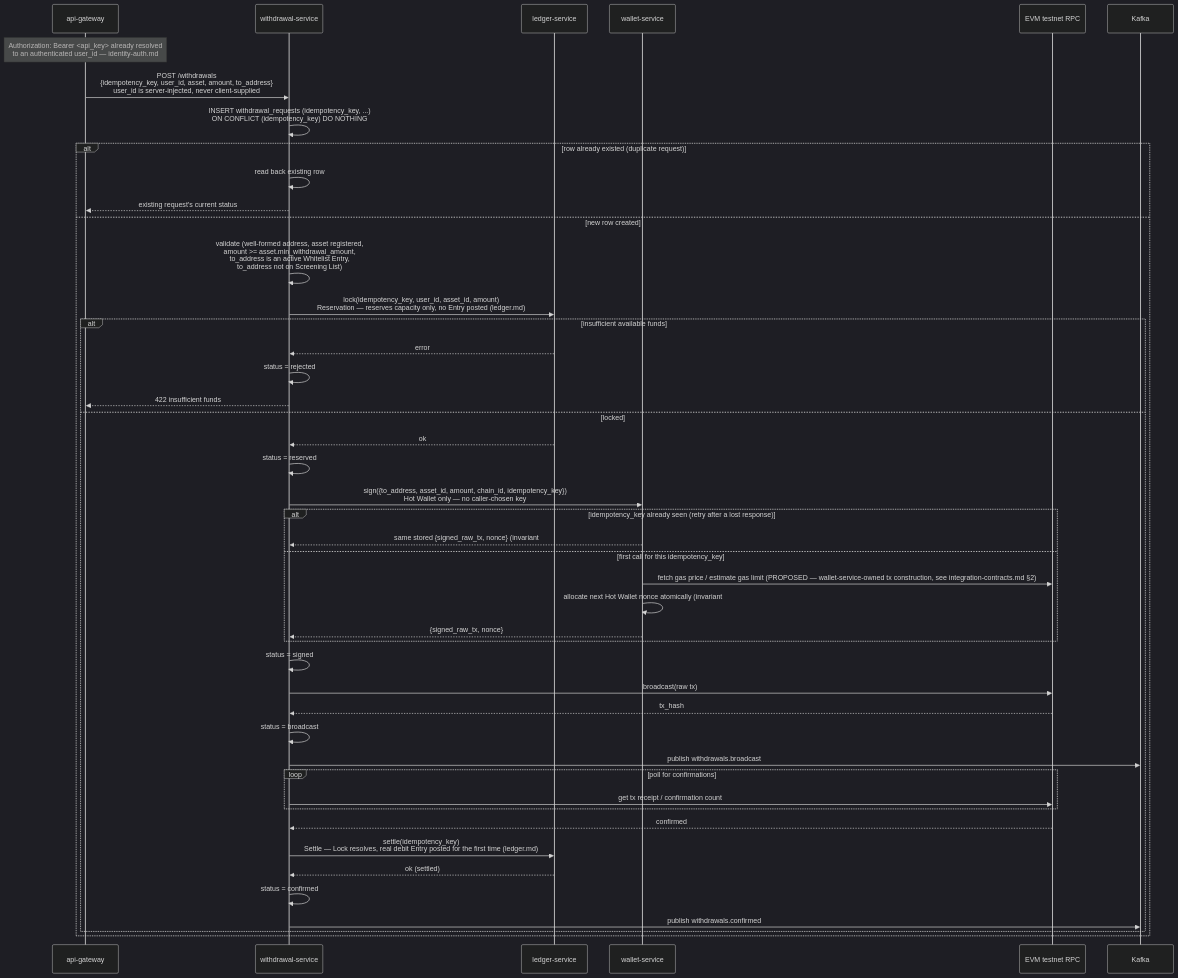
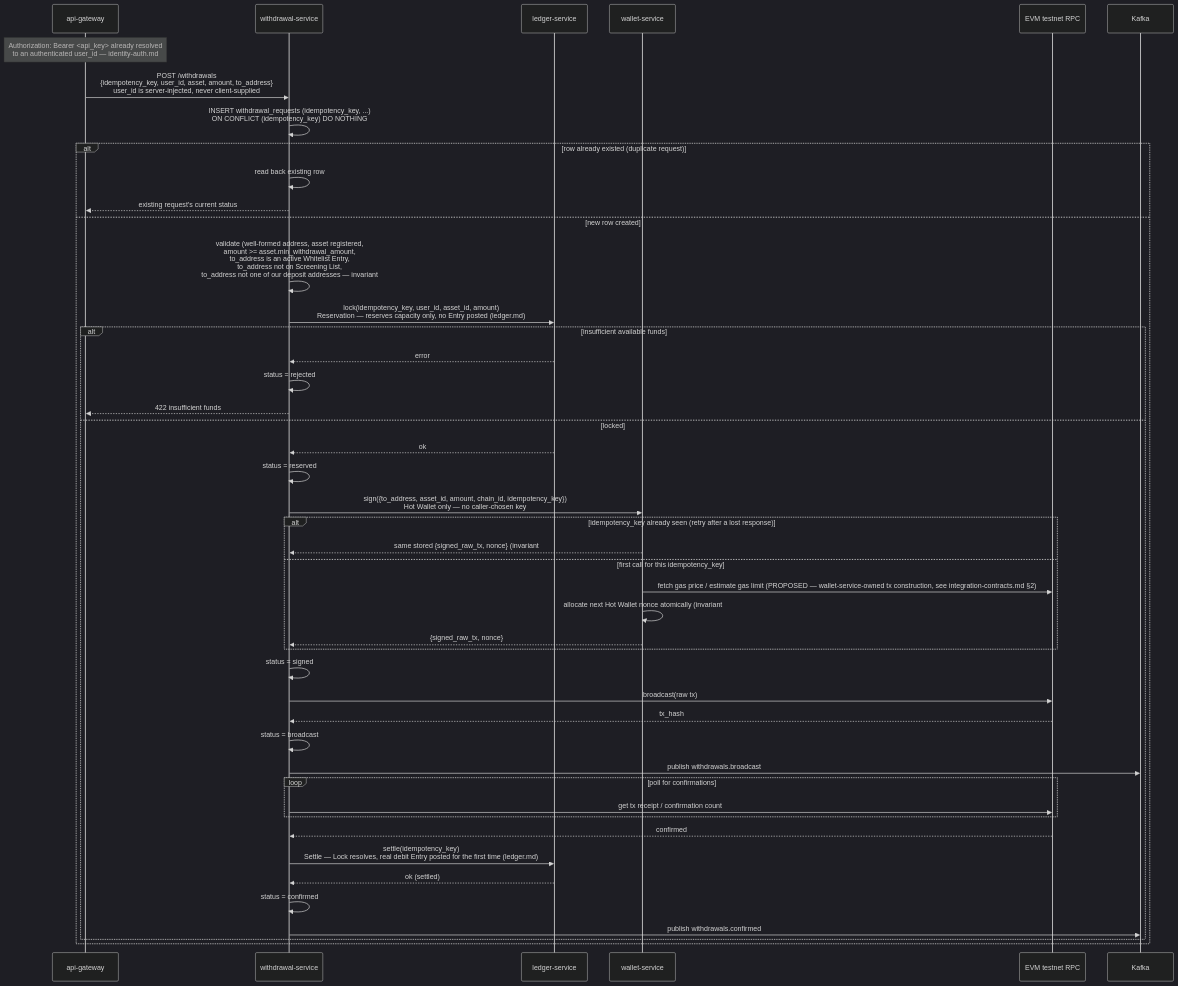
Before and after one commit to VuKhuongDuy/DigiWal: the first of 3 diagrams in docs/design/withdrawal-flow.md, drawn with Mermaid (dark theme). The commit also changed other lines of this file and 4 other files, not shown here.

First line of the commit message:
withdrawal-flow, deposit-flow, integration-contracts, service-auth-mtls: reject withdrawals to our own deposit addresses

````diff
--- a/docs/design/withdrawal-flow.md
+++ b/docs/design/withdrawal-flow.md
@@ -366,49 +417,49 @@
 ```mermaid
 sequenceDiagram
     participant Gateway as api-gateway
     participant WD as withdrawal-service
     participant Ledger as ledger-service
     participant Wallet as wallet-service
     participant RPC as EVM testnet RPC
     participant Kafka
 
     Note over Gateway: Authorization: Bearer <api_key> already resolved<br/>to an authenticated user_id — identity-auth.md
     Gateway->>WD: POST /withdrawals<br/>{idempotency_key, user_id, asset, amount, to_address}<br/>user_id is server-injected, never client-supplied
     WD->>WD: INSERT withdrawal_requests (idempotency_key, ...)<br/>ON CONFLICT (idempotency_key) DO NOTHING
     alt row already existed (duplicate request)
         WD->>WD: read back existing row
         WD-->>Gateway: existing request's current status
     else new row created
-        WD->>WD: validate (well-formed address, asset registered,<br/>amount >= asset.min_withdrawal_amount,<br/>to_address is an active Whitelist Entry,<br/>to_address not on Screening List)
+        WD->>WD: validate (well-formed address, asset registered,<br/>amount >= asset.min_withdrawal_amount,<br/>to_address is an active Whitelist Entry,<br/>to_address not on Screening List,<br/>to_address not one of our deposit addresses — invariant #18)
         WD->>Ledger: lock(idempotency_key, user_id, asset_id, amount)<br/>Reservation — reserves capacity only, no Entry posted (ledger.md)
         alt insufficient available funds
             Ledger-->>WD: error
             WD->>WD: status = rejected
             WD-->>Gateway: 422 insufficient funds
         else locked
             Ledger-->>WD: ok
             WD->>WD: status = reserved
             WD->>Wallet: sign({to_address, asset_id, amount, chain_id, idempotency_key})<br/>Hot Wallet only — no caller-chosen key
             alt idempotency_key already seen (retry after a lost response)
                 Wallet-->>WD: same stored {signed_raw_tx, nonce} (invariant #16) — no new nonce allocated
             else first call for this idempotency_key
                 Wallet->>RPC: fetch gas price / estimate gas limit (PROPOSED — wallet-service-owned tx construction, see integration-contracts.md §2)
                 Wallet->>Wallet: allocate next Hot Wallet nonce atomically (invariant #6)<br/>persist (idempotency_key -> nonce, signed_raw_tx) (invariant #16)
                 Wallet-->>WD: {signed_raw_tx, nonce}
             end
             WD->>WD: status = signed
             WD->>RPC: broadcast(raw tx)
             RPC-->>WD: tx_hash
             WD->>WD: status = broadcast
             WD->>Kafka: publish withdrawals.broadcast
             loop poll for confirmations
                 WD->>RPC: get tx receipt / confirmation count
             end
             RPC-->>WD: confirmed
             WD->>Ledger: settle(idempotency_key)<br/>Settle — Lock resolves, real debit Entry posted for the first time (ledger.md)
             Ledger-->>WD: ok (settled)
             WD->>WD: status = confirmed
             WD->>Kafka: publish withdrawals.confirmed
         end
     end
 ```
````
